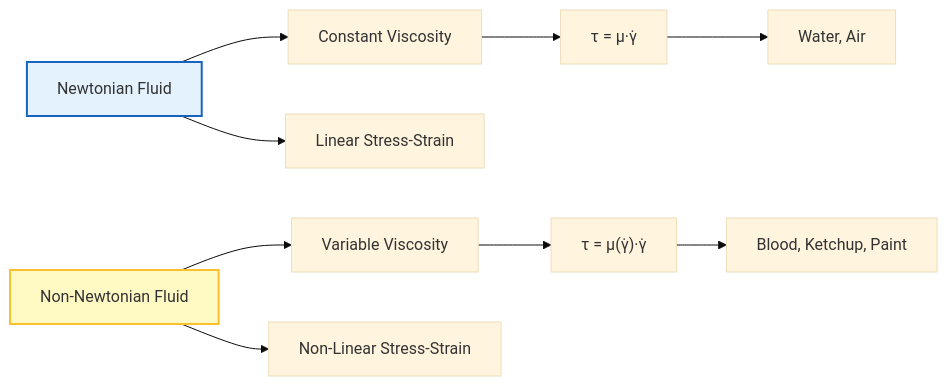
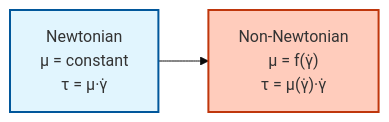
The first of 2 diagrams in MODULE_06_ADVANCED_PHYSICS/CONTENT/04_NON_NEWTONIAN_FLUIDS/01_Non_Newtonian_Fundamentals.md (wramet/build-my-cfd), drawn with Mermaid (base theme) before and after one commit. The commit also changed other lines of this file and 313 other files, not shown here.

Commit message:
Revise all diagram

````diff
--- a/MODULE_06_ADVANCED_PHYSICS/CONTENT/04_NON_NEWTONIAN_FLUIDS/01_Non_Newtonian_Fundamentals.md
+++ b/MODULE_06_ADVANCED_PHYSICS/CONTENT/04_NON_NEWTONIAN_FLUIDS/01_Non_Newtonian_Fundamentals.md
@@ -80,14 +80,10 @@
 ```mermaid
 graph LR
-    A["Newtonian Fluid"] --> B["Constant Viscosity"]
-    A --> C["Linear Stress-Strain"]
-    D["Non-Newtonian Fluid"] --> E["Variable Viscosity"]
-    D --> F["Non-Linear Stress-Strain"]
-    B --> G["τ = μ·γ̇"]
-    E --> H["τ = μ(γ̇)·γ̇"]
-    G --> K["Water, Air"]
-    H --> L["Blood, Ketchup, Paint"]
+classDef implicit fill:#e1f5fe,stroke:#01579b,stroke-width:2px
+classDef explicit fill:#ffccbc,stroke:#bf360c,stroke-width:2px
+classDef context fill:#f5f5f5,stroke:#616161,stroke-width:2px
+Newton["Newtonian<br/>μ = constant<br/>τ = μ·γ̇"]:::implicit
+NonNewton["Non-Newtonian<br/>μ = f(γ̇)<br/>τ = μ(γ̇)·γ̇"]:::explicit
 
-    style A fill:#e3f2fd,stroke:#1565c0,stroke-width:2px
-    style D fill:#fff9c4,stroke:#fbc02d,stroke-width:2px
+Newton --> NonNewton
 ```
````
